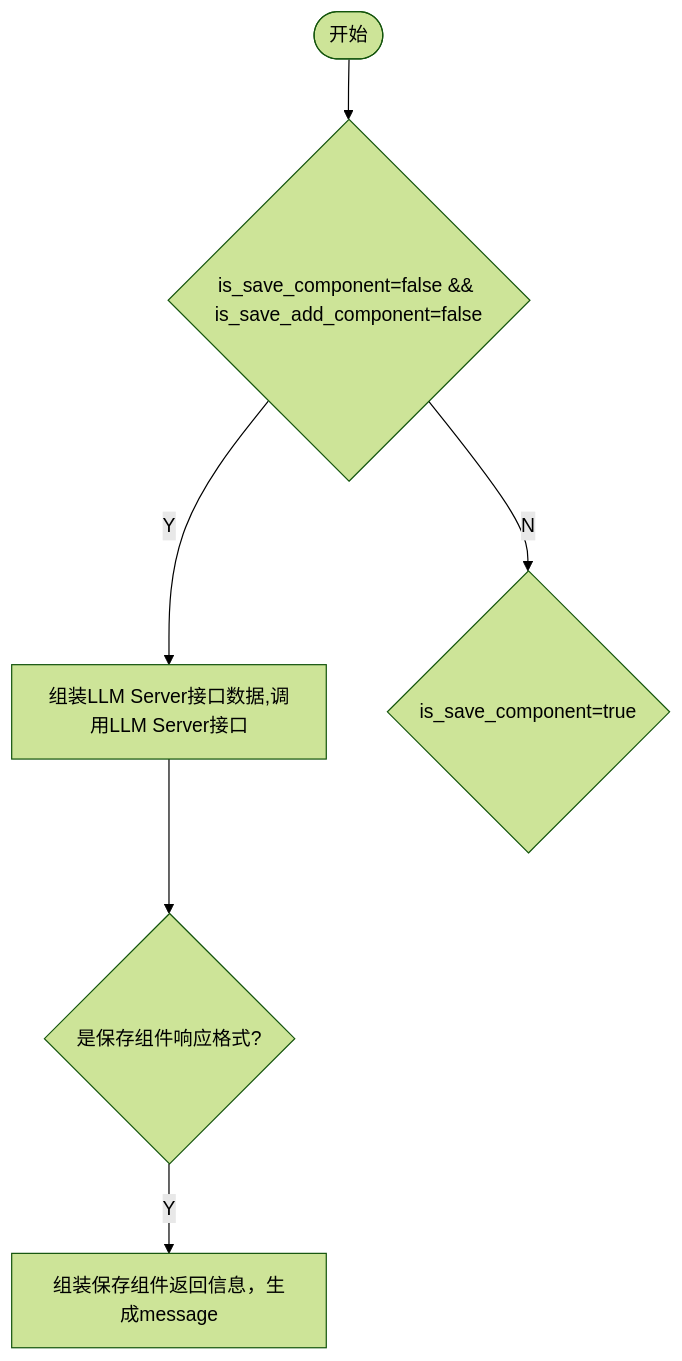
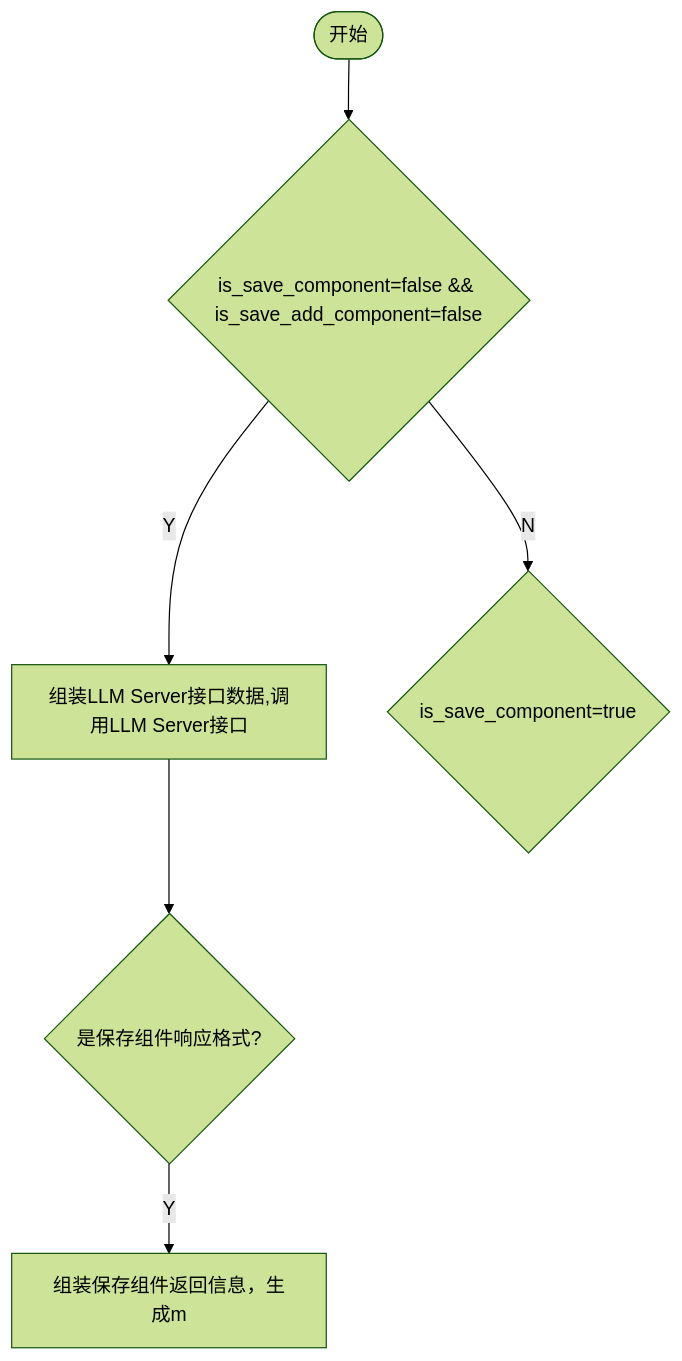
The diagram in all/未命名-7.md (yingjianzh/iodraw-files), drawn with Mermaid (forest theme) before and after one commit.

Commit message:
2024-10-12 13:56:12 update

````diff
--- a/all/未命名-7.md
+++ b/all/未命名-7.md
@@ -1,10 +1,10 @@
 ```mermaid
 flowchart TD
     A([开始]) --> B{is_save_component=false && is_save_add_component=false}
     B -- Y --> C[组装LLM Server接口数据,调用LLM Server接口]
     B -- N --> D{is_save_component=true}
     C --> E{是保存组件响应格式?}
-    E -- Y --> F[组装保存组件返回信息，生成message]
+    E -- Y --> F[组装保存组件返回信息，生成m]
     
 
 ```
````
